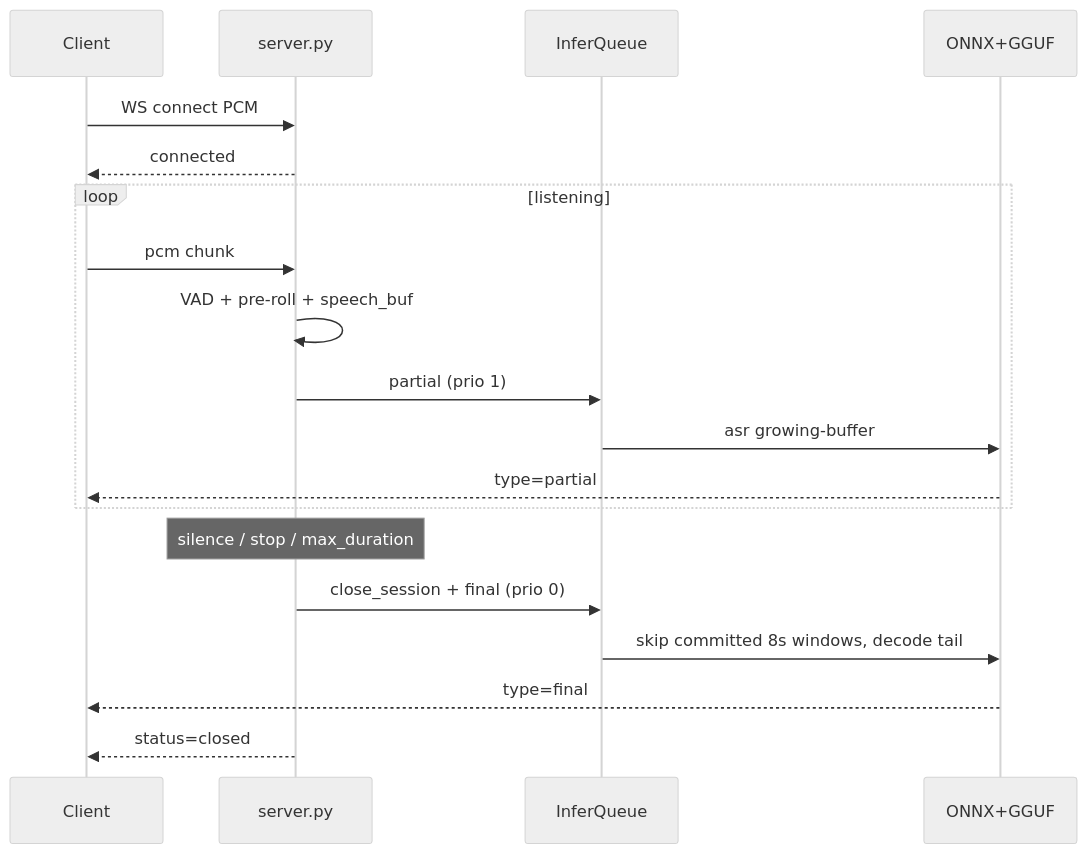
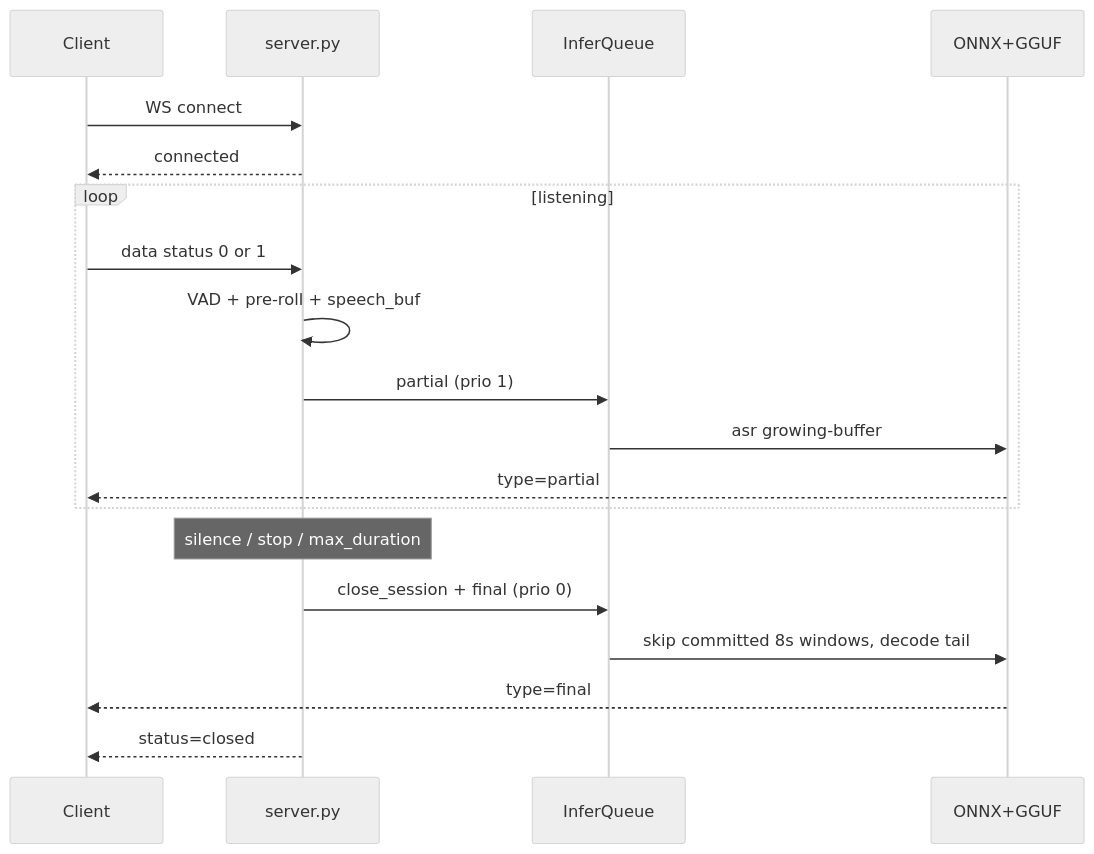
One commit to Numb0420/qwen3-asr-realtime changed the diagram in docs/ARCHITECTURE.md. Above: the diagram before and after it, drawn with Mermaid (neutral theme). The commit also changed other lines of this file and 11 other files, not shown here.

````diff
--- a/docs/ARCHITECTURE.md
+++ b/docs/ARCHITECTURE.md
@@ -159,22 +162,22 @@
 ```mermaid
 sequenceDiagram
     participant C as Client
     participant S as server.py
     participant Q as InferQueue
     participant E as ONNX+GGUF
 
-    C->>S: WS connect PCM
+    C->>S: WS connect
     S-->>C: connected
     loop listening
-        C->>S: pcm chunk
+        C->>S: data status 0 or 1
         S->>S: VAD + pre-roll + speech_buf
         S->>Q: partial (prio 1)
         Q->>E: asr growing-buffer
         E-->>C: type=partial
     end
     Note over S: silence / stop / max_duration
     S->>Q: close_session + final (prio 0)
     Q->>E: skip committed 8s windows, decode tail
     E-->>C: type=final
     S-->>C: status=closed
 ```
````
